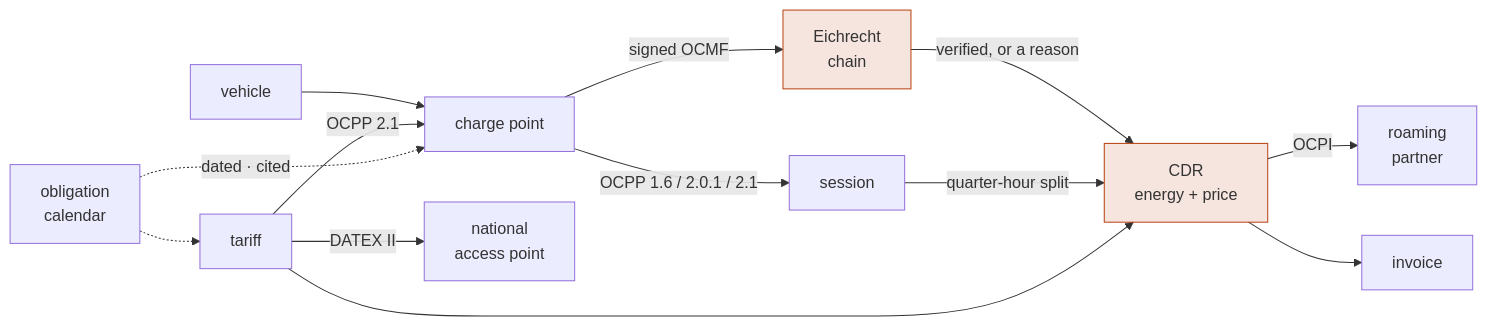
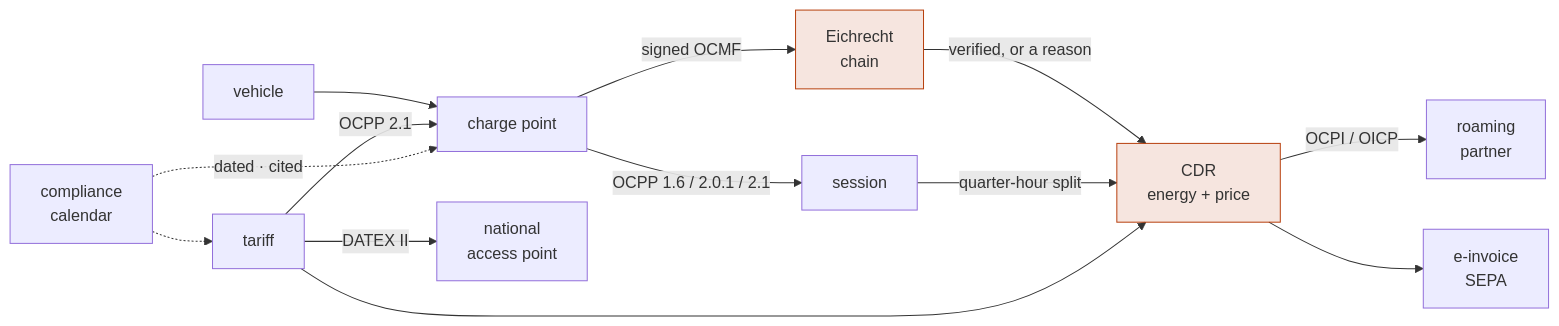
The diagram in site/content/_index.md (hupe1980/emob), drawn with Mermaid before and after one commit. The commit also changed other lines of this file and 223 other files, not shown here.

````diff
--- a/site/content/_index.md
+++ b/site/content/_index.md
@@ -16,18 +33,18 @@
 ```mermaid
 flowchart LR
     EV["vehicle"] --> CS["charge point"]
     CS -->|"OCPP 1.6 / 2.0.1 / 2.1"| SES["session"]
     CS -->|"signed OCMF"| EICH["Eichrecht<br/>chain"]
     EICH -->|"verified, or a reason"| CDR
     SES -->|"quarter-hour split"| CDR["CDR<br/>energy + price"]
     TAR["tariff"] --> CDR
-    CDR -->|"OCPI"| ROAM["roaming<br/>partner"]
-    CDR --> INV["invoice"]
+    CDR -->|"OCPI / OICP"| ROAM["roaming<br/>partner"]
+    CDR --> INV["e-invoice<br/>SEPA"]
     TAR -->|"OCPP 2.1"| CS
     TAR -->|"DATEX II"| NAP["national<br/>access point"]
-    RULES["obligation<br/>calendar"] -.->|"dated · cited"| CS
+    RULES["compliance<br/>calendar"] -.->|"dated · cited"| CS
     RULES -.-> TAR
 
     classDef hot fill:#b8410f22,stroke:#b8410f
     class EICH,CDR hot
 ```
````
